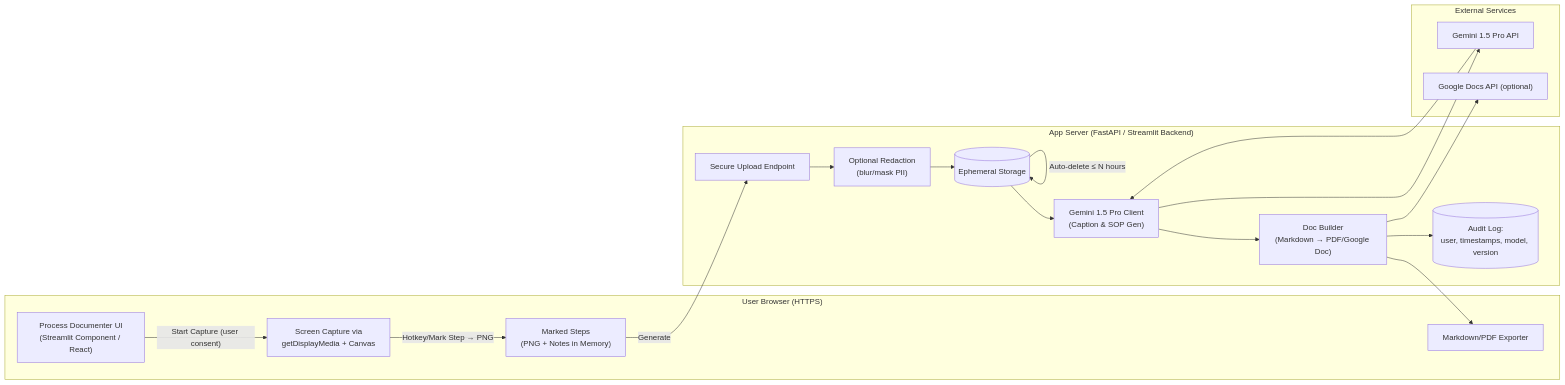
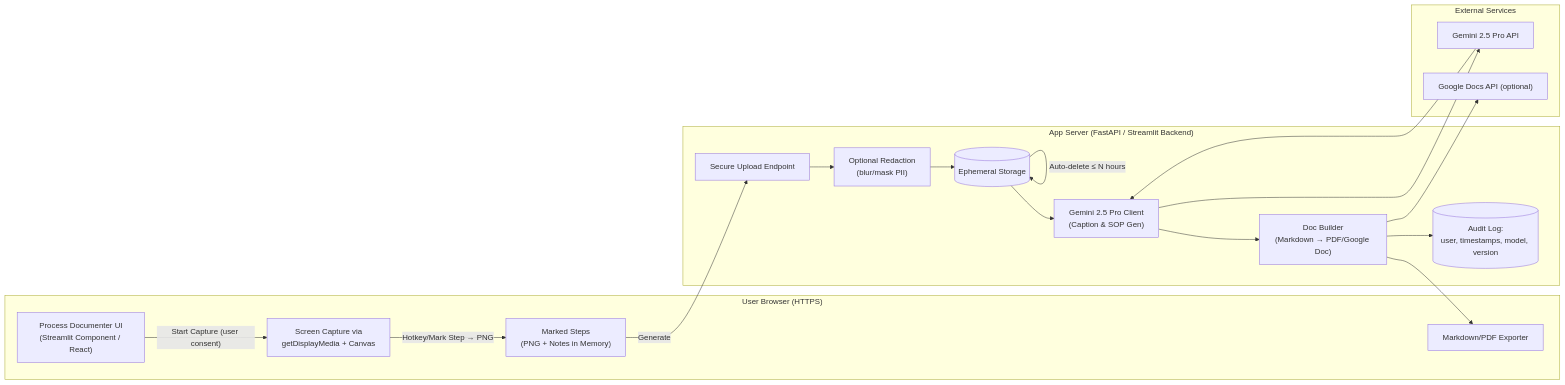
Before and after one commit to mmccanse/mmautomates_process_documentation: the first of 2 diagrams in README.md, drawn with Mermaid. The commit also changed other lines of this file, not shown here.

Commit message:
update readme with correct Gemini model

````diff
--- a/README.md
+++ b/README.md
@@ -165,37 +165,37 @@
 ```mermaid
 flowchart LR
   subgraph Client["User Browser (HTTPS)"]
     UI["Process Documenter UI<br/>(Streamlit Component / React)"]
     Capture["Screen Capture via<br/>getDisplayMedia + Canvas"]
     Steps["Marked Steps<br/>(PNG + Notes in Memory)"]
     Exporter["Markdown/PDF Exporter"]
   end
 
   subgraph Server["App Server (FastAPI / Streamlit Backend)"]
     Upload["Secure Upload Endpoint"]
     Redactor["Optional Redaction<br/>(blur/mask PII)"]
-    AI["Gemini 1.5 Pro Client<br/>(Caption & SOP Gen)"]
+    AI["Gemini 2.5 Pro Client<br/>(Caption & SOP Gen)"]
     Builder["Doc Builder<br/>(Markdown → PDF/Google Doc)"]
     TempStore[("Ephemeral Storage")]
     Audit[("Audit Log:<br/>user, timestamps, model, version")]
   end
 
   subgraph External["External Services"]
-    Gemini["Gemini 1.5 Pro API"]
+    Gemini["Gemini 2.5 Pro API"]
     GDocs["Google Docs API (optional)"]
   end
 
   UI -- "Start Capture (user consent)" --> Capture
   Capture -- "Hotkey/Mark Step → PNG" --> Steps
   Steps -- "Generate" --> Upload
   Upload --> Redactor
   Redactor --> TempStore
   TempStore --> AI
   AI --> Gemini
   Gemini --> AI
   AI --> Builder
   Builder --> Exporter
   Builder --> GDocs
   Builder --> Audit
   TempStore -- "Auto-delete ≤ N hours" --> TempStore
 ```
````
